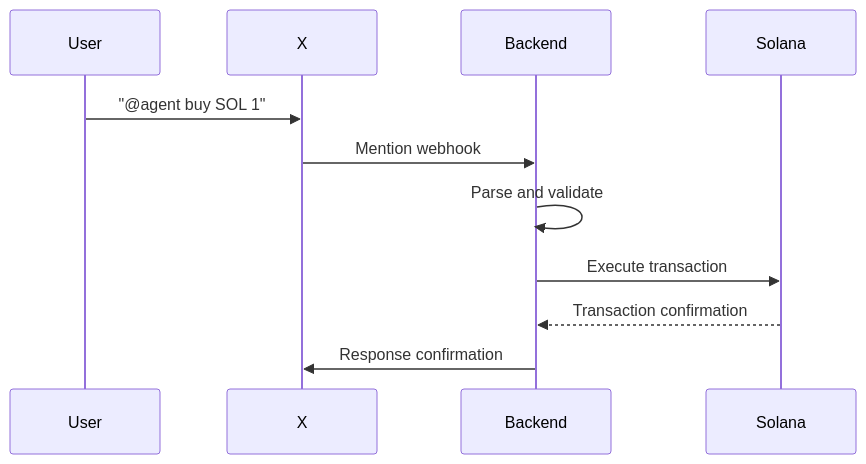
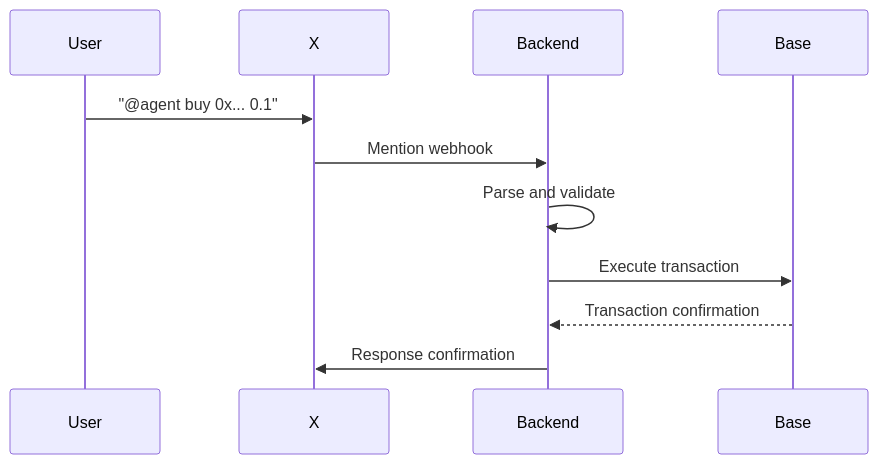
Before and after one commit to moltcook/.github: the second of 2 diagrams in READme.md, drawn with Mermaid. The commit also changed other lines of this file, not shown here.

````diff
--- a/READme.md
+++ b/READme.md
@@ -52,14 +52,14 @@
 ```mermaid
 sequenceDiagram
     participant User
     participant X
     participant Backend
-    participant Solana
+    participant Base
 
-    User->>X: "@agent buy SOL 1"
+    User->>X: "@agent buy 0x... 0.1"
     X->>Backend: Mention webhook
     Backend->>Backend: Parse and validate
-    Backend->>Solana: Execute transaction
-    Solana-->>Backend: Transaction confirmation
+    Backend->>Base: Execute transaction
+    Base-->>Backend: Transaction confirmation
     Backend->>X: Response confirmation
 ```
````
